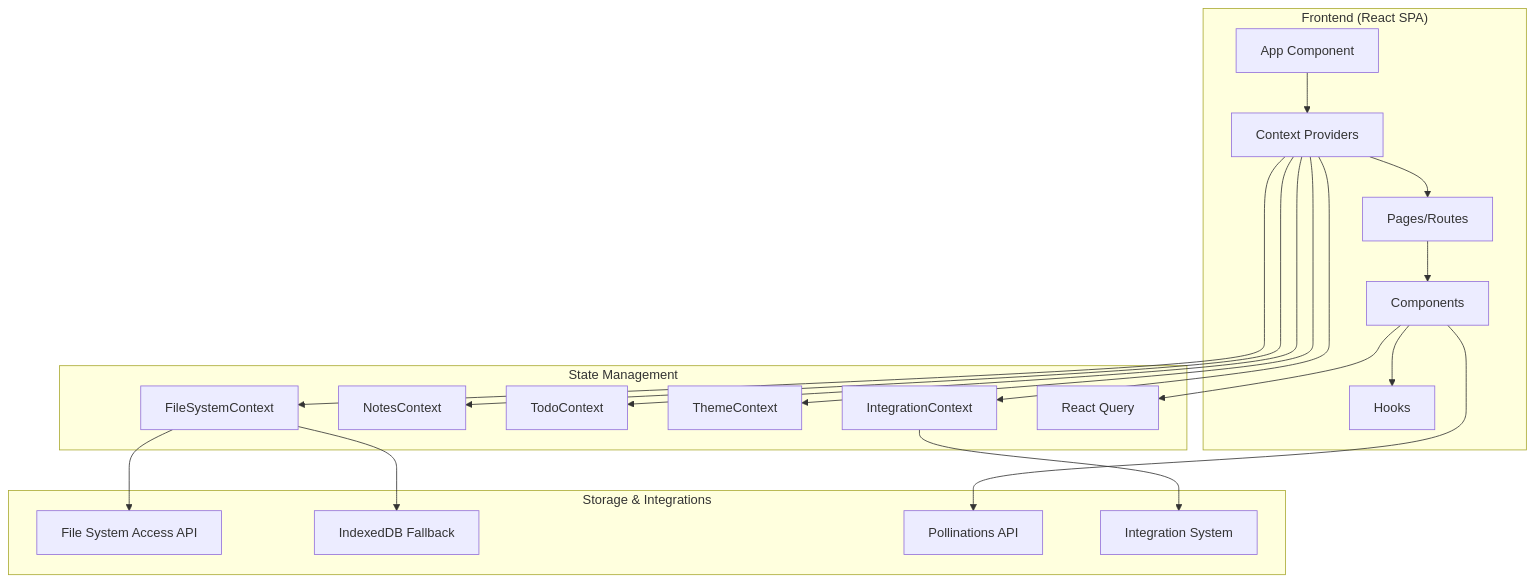
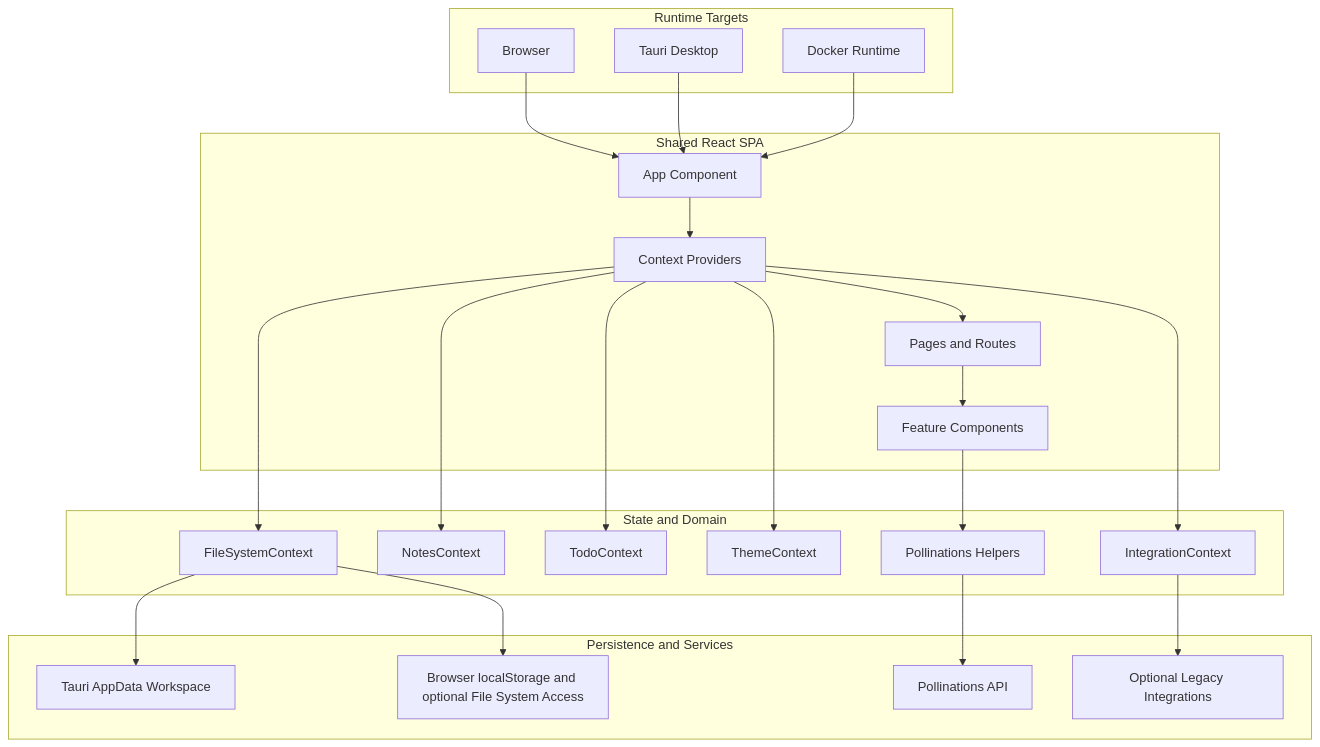
One commit to pinkpixel-dev/notara changed the first of 4 diagrams in OVERVIEW.md. Above: the diagram before and after it, drawn with Mermaid. The commit also changed other lines of this file and 3 other files, not shown here.

````diff
--- a/OVERVIEW.md
+++ b/OVERVIEW.md
@@ -31,41 +39,48 @@
 ```mermaid
 graph TB
-    subgraph "Frontend (React SPA)"
+    subgraph "Shared React SPA"
         A[App Component]
         B[Context Providers]
-        C[Pages/Routes]
-        D[Components]
-        E[Hooks]
+        C[Pages and Routes]
+        D[Feature Components]
     end
 
-    subgraph "State Management"
+    subgraph "Runtime Targets"
+        R1[Browser]
+        R2[Tauri Desktop]
+        R3[Docker Runtime]
+    end
+
+    subgraph "State and Domain"
         F[FileSystemContext]
         G[NotesContext]
         H[TodoContext]
         I[ThemeContext]
         J[IntegrationContext]
-        K[React Query]
+        K[Pollinations Helpers]
     end
 
-    subgraph "Storage & Integrations"
-        L[File System Access API]
-        M[IndexedDB Fallback]
+    subgraph "Persistence and Services"
+        L[Tauri AppData Workspace]
+        M[Browser localStorage and optional File System Access]
         N[Pollinations API]
-        O[Integration System]
+        O[Optional Legacy Integrations]
     end
 
+    R1 --> A
+    R2 --> A
+    R3 --> A
     A --> B
     B --> C
     C --> D
-    D --> E
     B --> F
     B --> G
     B --> H
     B --> I
     B --> J
     D --> K
     F --> L
     F --> M
-    D --> N
+    K --> N
     J --> O
 ```
````
